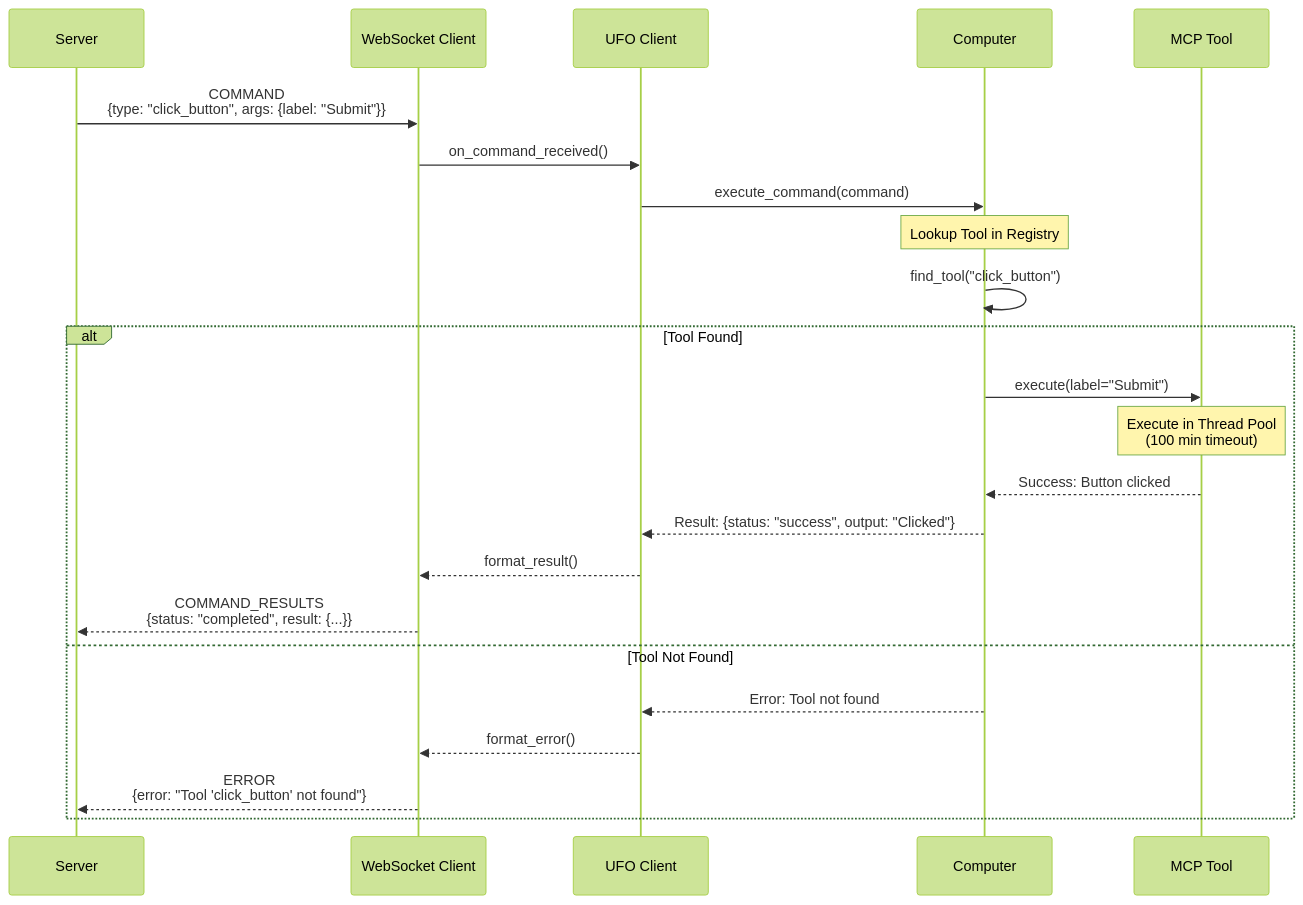
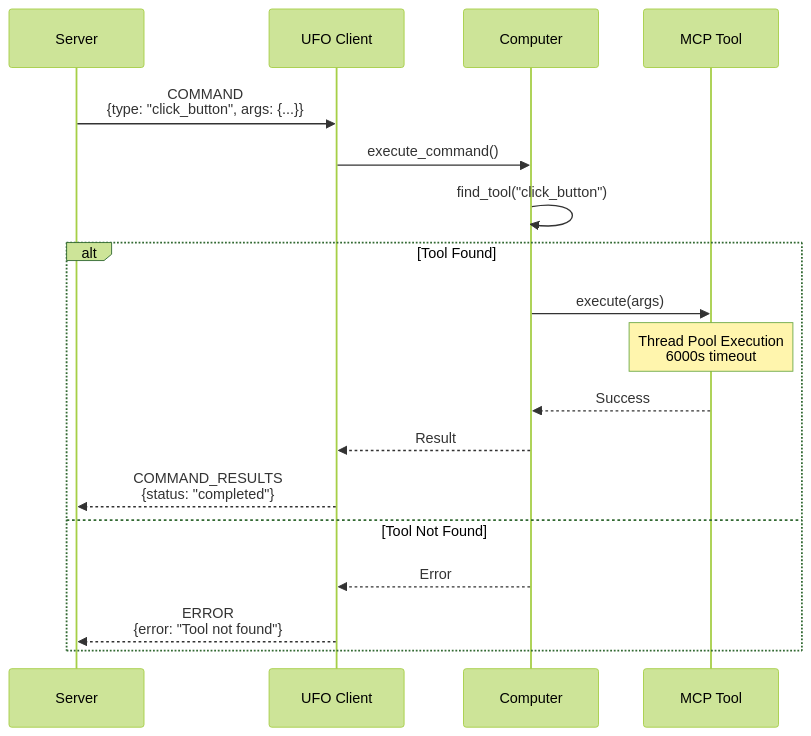
One commit to microsoft/UFO changed the seventh of 9 diagrams in documents/docs/client/overview.md. Above: the diagram before and after it, drawn with Mermaid (forest theme). The commit also changed other lines of this file and 7 other files, not shown here.

````diff
--- a/documents/docs/client/overview.md
+++ b/documents/docs/client/overview.md
@@ -461,31 +390,22 @@
 ```mermaid
 sequenceDiagram
     participant Server
-    participant WSC as WebSocket Client
-    participant UFC as UFO Client
+    participant Client as UFO Client
     participant Comp as Computer
     participant Tool as MCP Tool
     
-    Server->>WSC: COMMAND<br/>{type: "click_button", args: {label: "Submit"}}
-    
-    WSC->>UFC: on_command_received()
-    UFC->>Comp: execute_command(command)
-    
-    Note over Comp: Lookup Tool in Registry
+    Server->>Client: COMMAND<br/>{type: "click_button", args: {...}}
+    Client->>Comp: execute_command()
     Comp->>Comp: find_tool("click_button")
     
     alt Tool Found
-        Comp->>Tool: execute(label="Submit")
-        
-        Note over Tool: Execute in Thread Pool<br/>(100 min timeout)
-        
-        Tool-->>Comp: Success: Button clicked
-        Comp-->>UFC: Result: {status: "success", output: "Clicked"}
-        UFC-->>WSC: format_result()
-        WSC-->>Server: COMMAND_RESULTS<br/>{status: "completed", result: {...}}
+        Comp->>Tool: execute(args)
+        Note over Tool: Thread Pool Execution<br/>6000s timeout
+        Tool-->>Comp: Success
+        Comp-->>Client: Result
+        Client-->>Server: COMMAND_RESULTS<br/>{status: "completed"}
     else Tool Not Found
-        Comp-->>UFC: Error: Tool not found
-        UFC-->>WSC: format_error()
-        WSC-->>Server: ERROR<br/>{error: "Tool 'click_button' not found"}
+        Comp-->>Client: Error
+        Client-->>Server: ERROR<br/>{error: "Tool not found"}
     end
 ```
````
